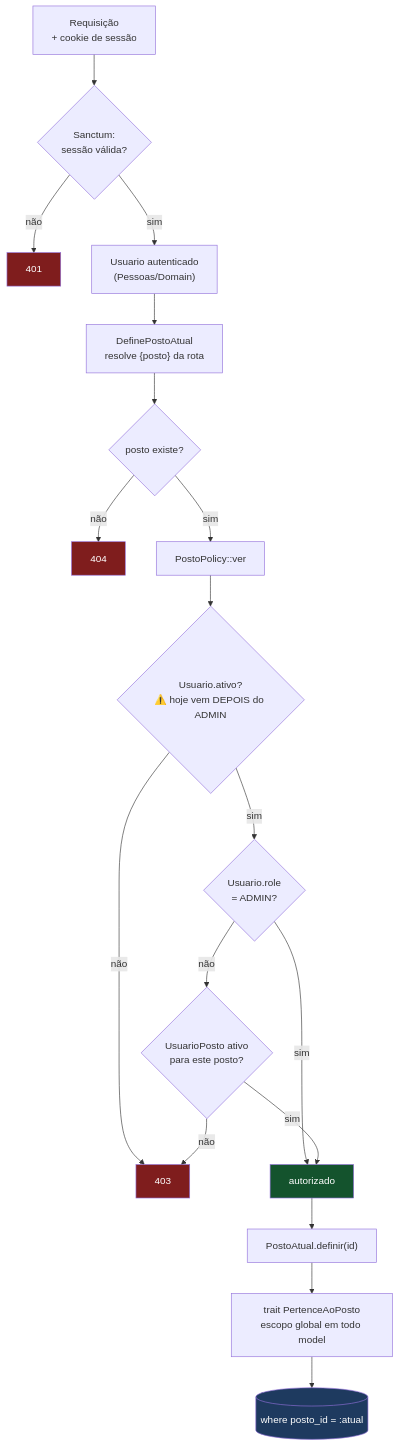
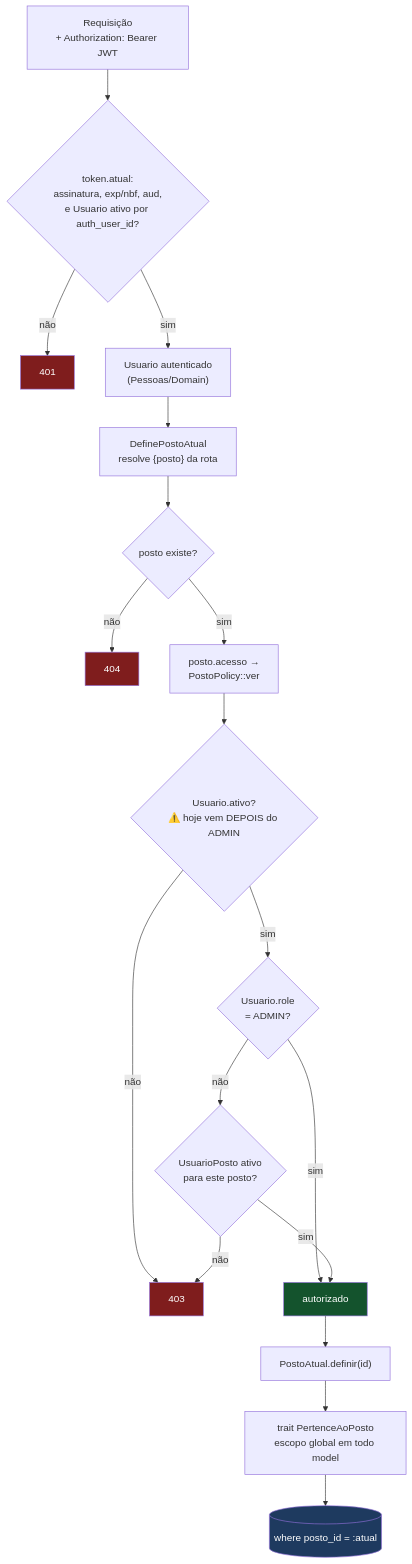
One commit to Crud-Make/Posto-Providencia changed the third of 4 diagrams in docs/design/autenticacao.md. Above: the diagram before and after it, drawn with Mermaid. The commit also changed other lines of this file and 4 other files, not shown here.

````diff
--- a/docs/design/autenticacao.md
+++ b/docs/design/autenticacao.md
@@ -159,30 +248,30 @@
 ```mermaid
 flowchart TD
-    REQ["Requisição<br/>+ cookie de sessão"] --> AUTH{Sanctum:<br/>sessão válida?}
+    REQ["Requisição<br/>+ Authorization: Bearer JWT"] --> AUTH{"token.atual:<br/>assinatura, exp/nbf, aud,<br/>e Usuario ativo por auth_user_id?"}
     AUTH -->|não| E401["401"]
     AUTH -->|sim| U["Usuario autenticado<br/>(Pessoas/Domain)"]
 
     U --> MW["DefinePostoAtual<br/>resolve {posto} da rota"]
 
     MW --> EXISTE{posto existe?}
     EXISTE -->|não| E404["404"]
-    EXISTE -->|sim| POL["PostoPolicy::ver"]
+    EXISTE -->|sim| POL["posto.acesso →<br/>PostoPolicy::ver"]
 
     POL --> ATIVO{"Usuario.ativo?<br/>⚠️ hoje vem DEPOIS do ADMIN"}
     ATIVO -->|não| E403["403"]
     ATIVO -->|sim| ADMIN{"Usuario.role<br/>= ADMIN?"}
     ADMIN -->|sim| OK["autorizado"]
     ADMIN -->|não| VINC{"UsuarioPosto ativo<br/>para este posto?"}
     VINC -->|não| E403
     VINC -->|sim| OK
 
     OK --> PA["PostoAtual.definir(id)"]
     PA --> SCOPE["trait PertenceAoPosto<br/>escopo global em todo model"]
     SCOPE --> SQL[("where posto_id = :atual")]
 
     style E401 fill:#7f1d1d,color:#fff
     style E403 fill:#7f1d1d,color:#fff
     style E404 fill:#7f1d1d,color:#fff
     style OK fill:#14532d,color:#fff
     style SQL fill:#1e3a5f,color:#fff
 ```
````
